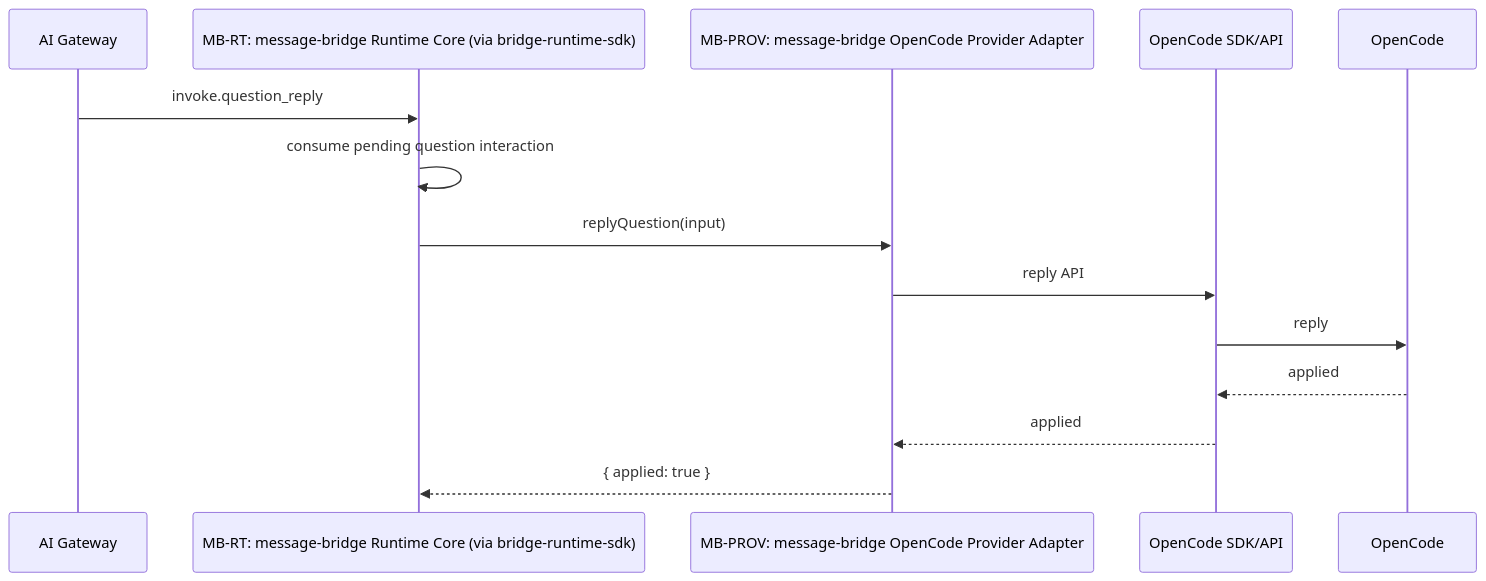
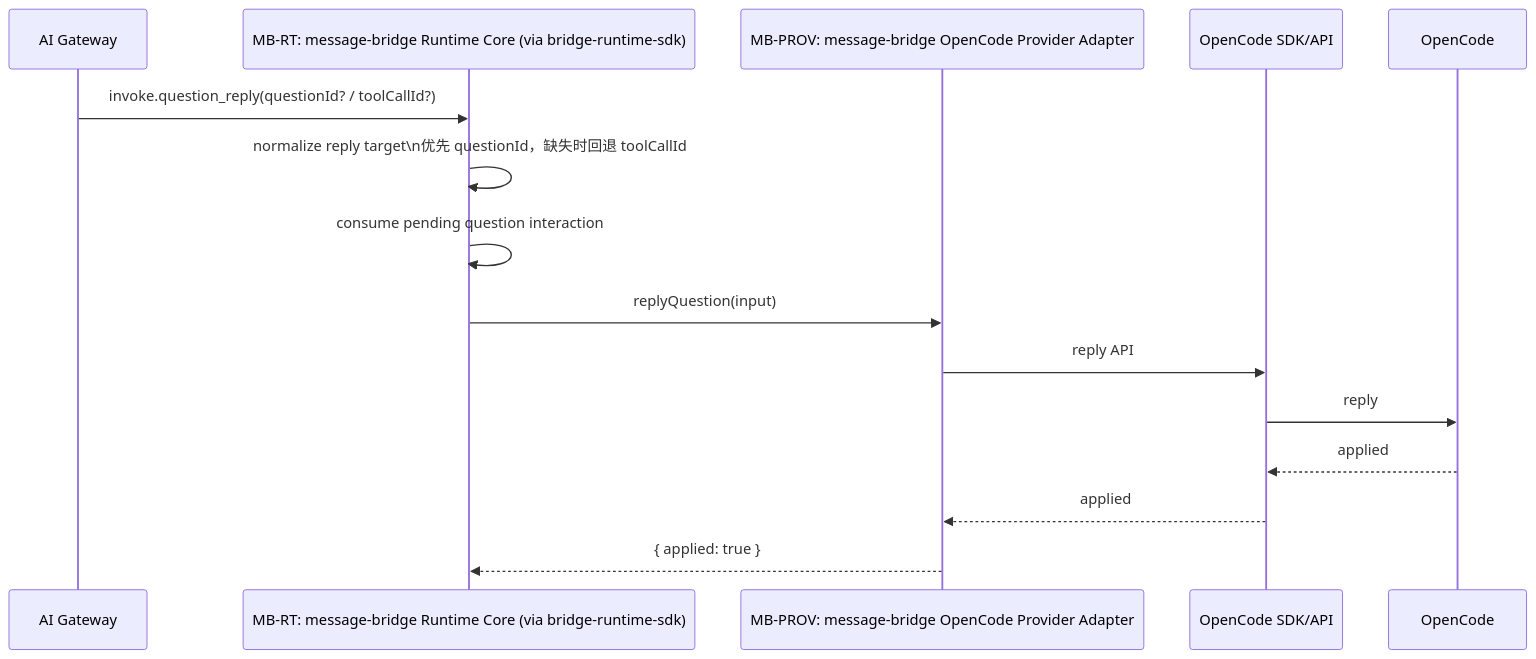
Before and after one commit to yuzhangCZ/agent-plugin: the ninth of 12 diagrams in plugins/message-bridge/docs/design/message-bridge-sdk-migration-solution.md, drawn with Mermaid. The commit also changed other lines of this file and 22 other files, not shown here.

Commit message:
feat: 收敛 question reply 兼容字段口径

````diff
--- a/plugins/message-bridge/docs/design/message-bridge-sdk-migration-solution.md
+++ b/plugins/message-bridge/docs/design/message-bridge-sdk-migration-solution.md
@@ -475,17 +477,18 @@
 ```mermaid
 sequenceDiagram
   participant GW as AI Gateway
   participant MBRT as MB-RT: message-bridge Runtime Core (via bridge-runtime-sdk)
   participant MBPROV as MB-PROV: message-bridge OpenCode Provider Adapter
   participant OCSDK as OpenCode SDK/API
   participant OC as OpenCode
 
-  GW->>MBRT: invoke.question_reply
+  GW->>MBRT: invoke.question_reply(questionId? / toolCallId?)
+  MBRT->>MBRT: normalize reply target\n优先 questionId，缺失时回退 toolCallId
   MBRT->>MBRT: consume pending question interaction
   MBRT->>MBPROV: replyQuestion(input)
   MBPROV->>OCSDK: reply API
   OCSDK->>OC: reply
   OC-->>OCSDK: applied
   OCSDK-->>MBPROV: applied
   MBPROV-->>MBRT: { applied: true }
 ```
````
